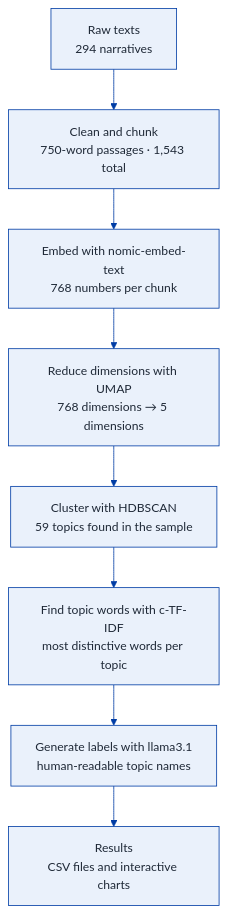
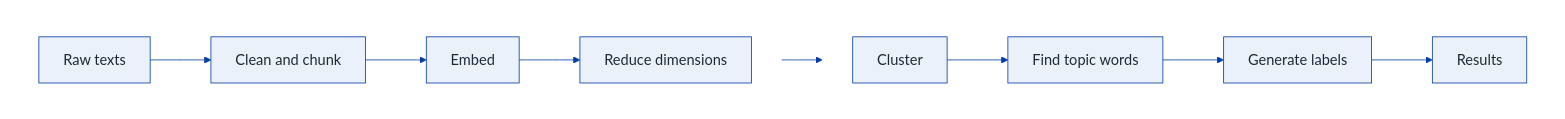
One commit to jinghanlib/topic-modeling-slave-narratives changed the diagram in instructions/01_simple_explanation.qmd. Above: the diagram before and after it, drawn with Mermaid. The commit also changed 1 other file, not shown here.

Commit message:
Pipeline diagram: horizontal two-row, larger font

````diff
--- a/instructions/01_simple_explanation.qmd
+++ b/instructions/01_simple_explanation.qmd
@@ -140,11 +140,15 @@
 ```{mermaid}
-%%{init: {'theme': 'base', 'themeVariables': {'fontSize': '15px', 'fontFamily': 'ui-sans-serif, system-ui, sans-serif', 'primaryColor': '#eaf1fb', 'primaryBorderColor': '#003da5', 'primaryTextColor': '#1f2937', 'lineColor': '#003da5'}}}%%
-flowchart TD
-    A["Raw texts\n294 narratives"] --> B["Clean and chunk\n750-word passages · 1,543 total"]
-    B --> C["Embed with nomic-embed-text\n768 numbers per chunk"]
-    C --> D["Reduce dimensions with UMAP\n768 dimensions → 5 dimensions"]
-    D --> E["Cluster with HDBSCAN\n59 topics found in the sample"]
-    E --> F["Find topic words with c-TF-IDF\nmost distinctive words per topic"]
-    F --> G["Generate labels with llama3.1\nhuman-readable topic names"]
-    G --> H["Results\nCSV files and interactive charts"]
+%%{init: {'theme': 'base', 'themeVariables': {'fontSize': '18px', 'fontFamily': 'ui-sans-serif, system-ui, sans-serif', 'primaryColor': '#eaf1fb', 'primaryBorderColor': '#003da5', 'primaryTextColor': '#1f2937', 'lineColor': '#003da5'}}}%%
+flowchart LR
+    subgraph top[" "]
+        direction LR
+        A["Raw texts"] --> B["Clean and chunk"] --> C["Embed"] --> D["Reduce dimensions"]
+    end
+    subgraph bottom[" "]
+        direction LR
+        E["Cluster"] --> F["Find topic words"] --> G["Generate labels"] --> H["Results"]
+    end
+    D --> E
+    style top fill:none,stroke:none
+    style bottom fill:none,stroke:none
 ```
````
